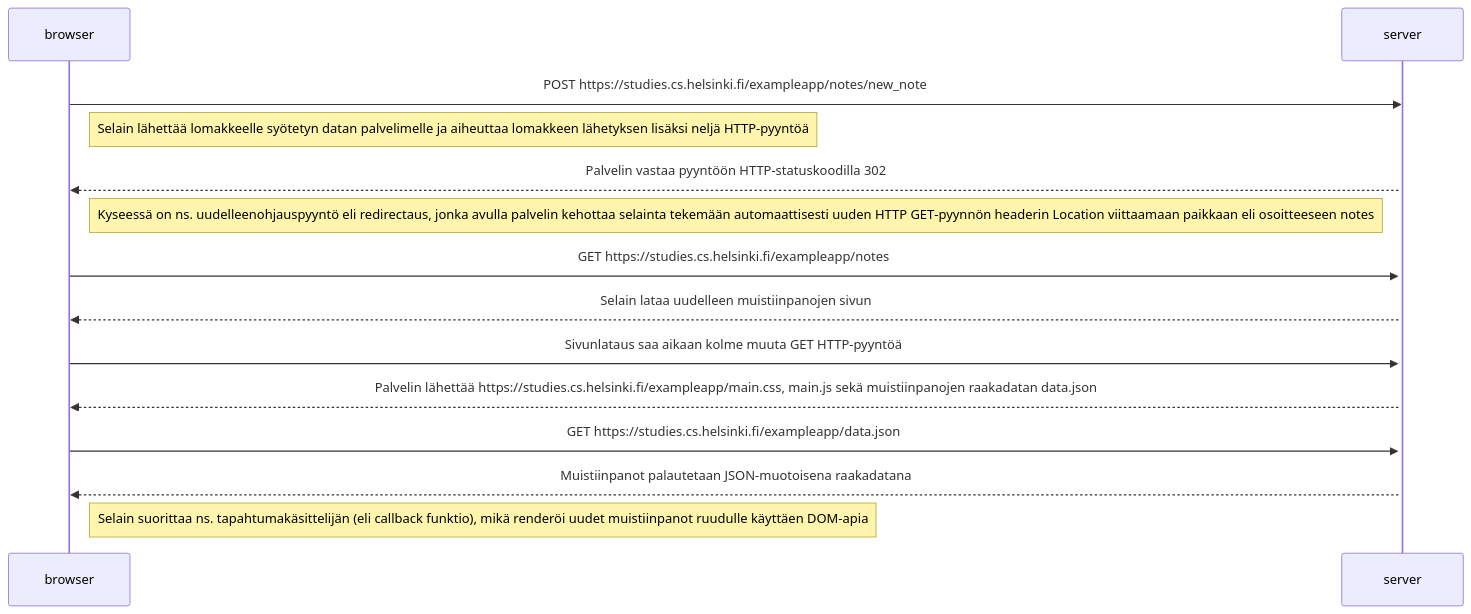
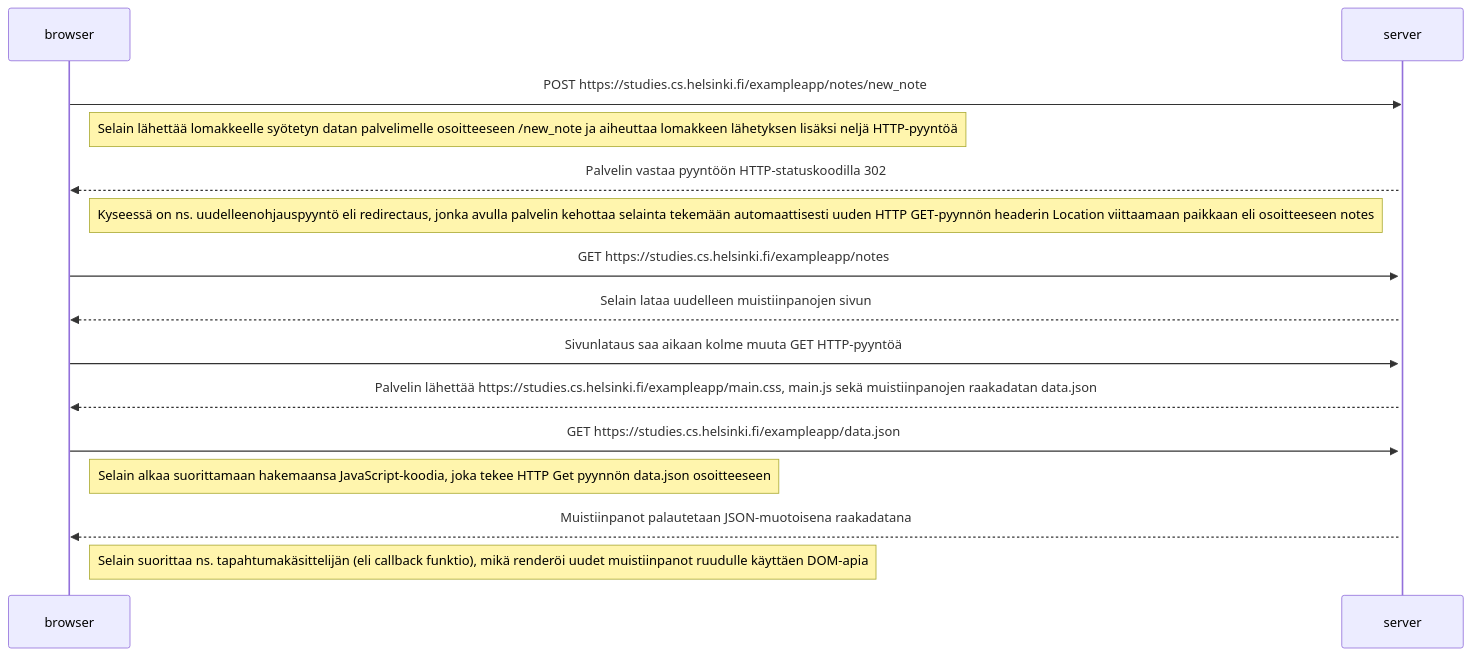
One commit to superjunnu/fullstackopen changed the diagram in osa0/0.4/uusimuistiinpano.md. Above: the diagram before and after it, drawn with Mermaid.

````diff
--- a/osa0/0.4/uusimuistiinpano.md
+++ b/osa0/0.4/uusimuistiinpano.md
@@ -1,28 +1,29 @@
 ```mermaid
 sequenceDiagram
     participant browser
     participant server
     
     browser->>server: POST https://studies.cs.helsinki.fi/exampleapp/notes/new_note
 
-Note right of browser: Selain lähettää lomakkeelle syötetyn datan palvelimelle ja aiheuttaa lomakkeen lähetyksen lisäksi neljä HTTP-pyyntöä
+Note right of browser: Selain lähettää lomakkeelle syötetyn datan palvelimelle osoitteeseen /new_note ja aiheuttaa lomakkeen lähetyksen lisäksi neljä HTTP-pyyntöä
 
     activate server
     server-->>browser: Palvelin vastaa pyyntöön HTTP-statuskoodilla 302
 
 Note right of browser: Kyseessä on ns. uudelleenohjauspyyntö eli redirectaus, jonka avulla palvelin kehottaa selainta tekemään automaattisesti uuden HTTP GET‑pyynnön headerin Location viittaamaan paikkaan eli osoitteeseen notes
 
     browser->>server: GET https://studies.cs.helsinki.fi/exampleapp/notes
     activate server
     server-->>browser: Selain lataa uudelleen muistiinpanojen sivun
     
     browser->>server: Sivunlataus saa aikaan kolme muuta GET HTTP-pyyntöä
     activate server
     server-->>browser: Palvelin lähettää https://studies.cs.helsinki.fi/exampleapp/main.css, main.js sekä muistiinpanojen raakadatan data.json
  
     browser->>server: GET https://studies.cs.helsinki.fi/exampleapp/data.json
+Note right of browser: Selain alkaa suorittamaan hakemaansa JavaScript-koodia, joka tekee HTTP Get pyynnön data.json osoitteeseen
     activate server
     server-->>browser: Muistiinpanot palautetaan JSON-muotoisena raakadatana
      
 Note right of browser: Selain suorittaa ns. tapahtumakäsittelijän (eli callback funktio), mikä renderöi uudet muistiinpanot ruudulle käyttäen DOM-apia
 ```
````
